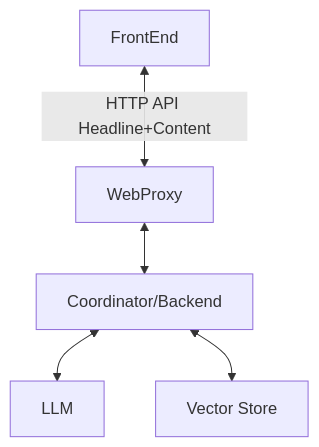
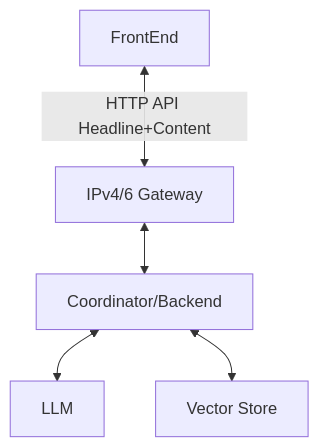
One commit to time-less-ness/trust-assembly changed the diagram in back/README.md. Above: the diagram before and after it, drawn with Mermaid. The commit also changed other lines of this file and 1 other file, not shown here.

````diff
--- a/back/README.md
+++ b/back/README.md
@@ -5,7 +5,7 @@
 ```mermaid
 graph TD
-    A[FrontEnd] <-->|HTTP API Headline+Content| B[WebProxy]
+    A[FrontEnd] <-->|HTTP API Headline+Content| B[IPv4/6 Gateway]
     B <--> C[Coordinator/Backend]
     C <--> D[LLM]
     C <--> E[Vector Store]
 ```
````
